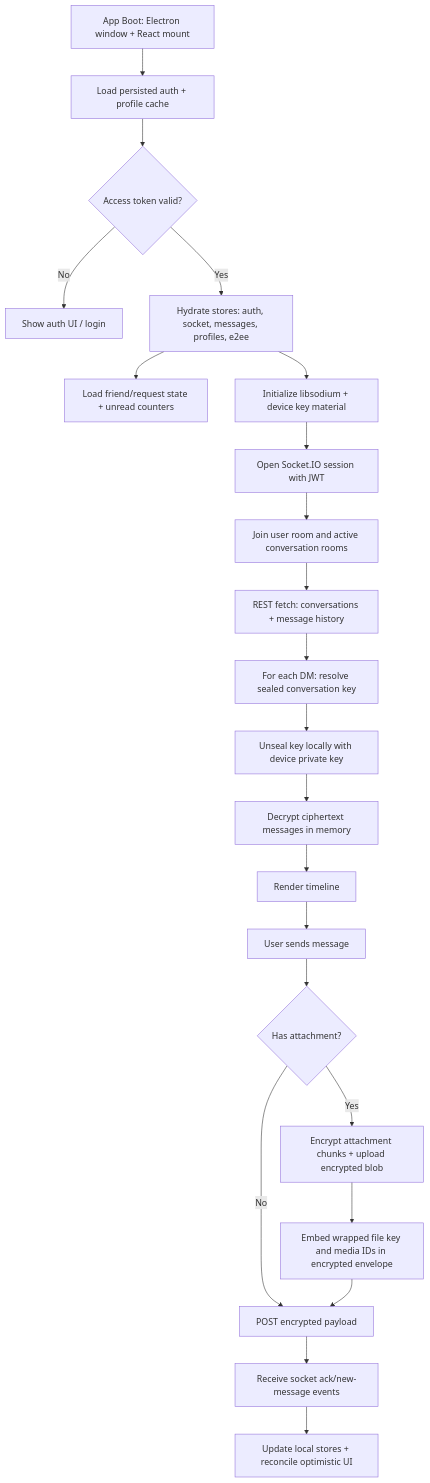
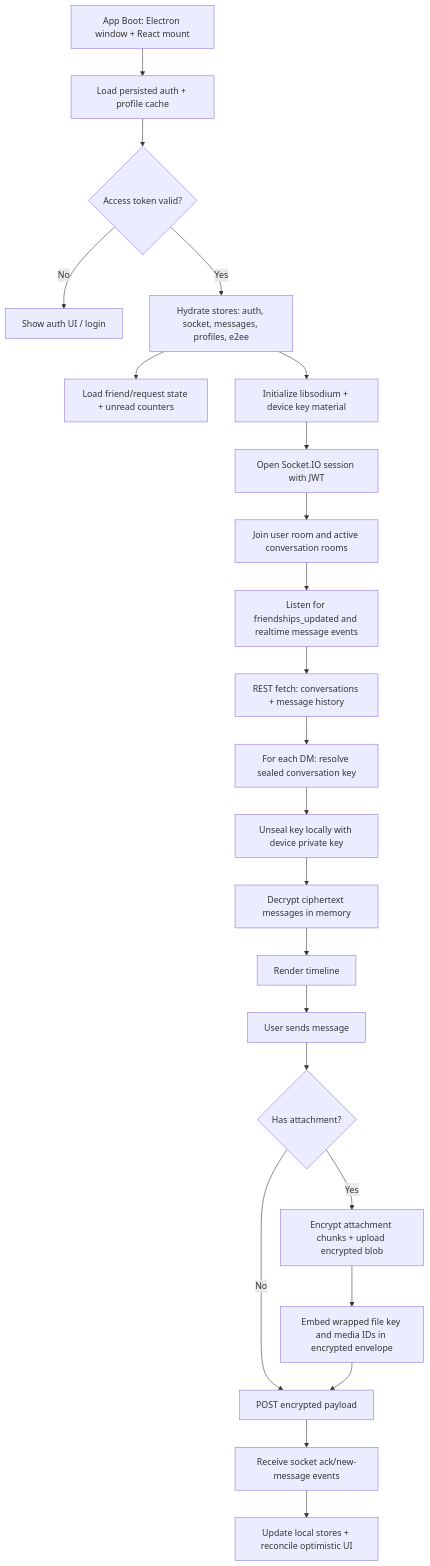
One commit to orbit-chat/orbit-chat changed the fourth of 5 diagrams in README.md. Above: the diagram before and after it, drawn with Mermaid. The commit also changed other lines of this file and 2 other files, not shown here.

````diff
--- a/README.md
+++ b/README.md
@@ -177,24 +187,25 @@
 ```mermaid
 flowchart TD
 	A[App Boot: Electron window + React mount] --> B[Load persisted auth + profile cache]
 	B --> C{Access token valid?}
 	C -- No --> D[Show auth UI / login]
 	C -- Yes --> E[Hydrate stores: auth, socket, messages, profiles, e2ee]
 	E --> E2[Load friend/request state + unread counters]
 	E --> F[Initialize libsodium + device key material]
 	F --> G[Open Socket.IO session with JWT]
 	G --> H[Join user room and active conversation rooms]
-	H --> I[REST fetch: conversations + message history]
+	H --> H2[Listen for friendships_updated and realtime message events]
+	H2 --> I[REST fetch: conversations + message history]
 	I --> J[For each DM: resolve sealed conversation key]
 	J --> K[Unseal key locally with device private key]
 	K --> L[Decrypt ciphertext messages in memory]
 	L --> M[Render timeline]
 	M --> N[User sends message]
 	N --> O{Has attachment?}
 	O -- No --> P[Encrypt plaintext with conversation key and nonce]
 	O -- Yes --> P2[Encrypt attachment chunks + upload encrypted blob]
 	P2 --> P3[Embed wrapped file key and media IDs in encrypted envelope]
 	P3 --> P[POST encrypted payload]
 	P --> Q[Receive socket ack/new-message events]
 	Q --> R[Update local stores + reconcile optimistic UI]
 ```
````
